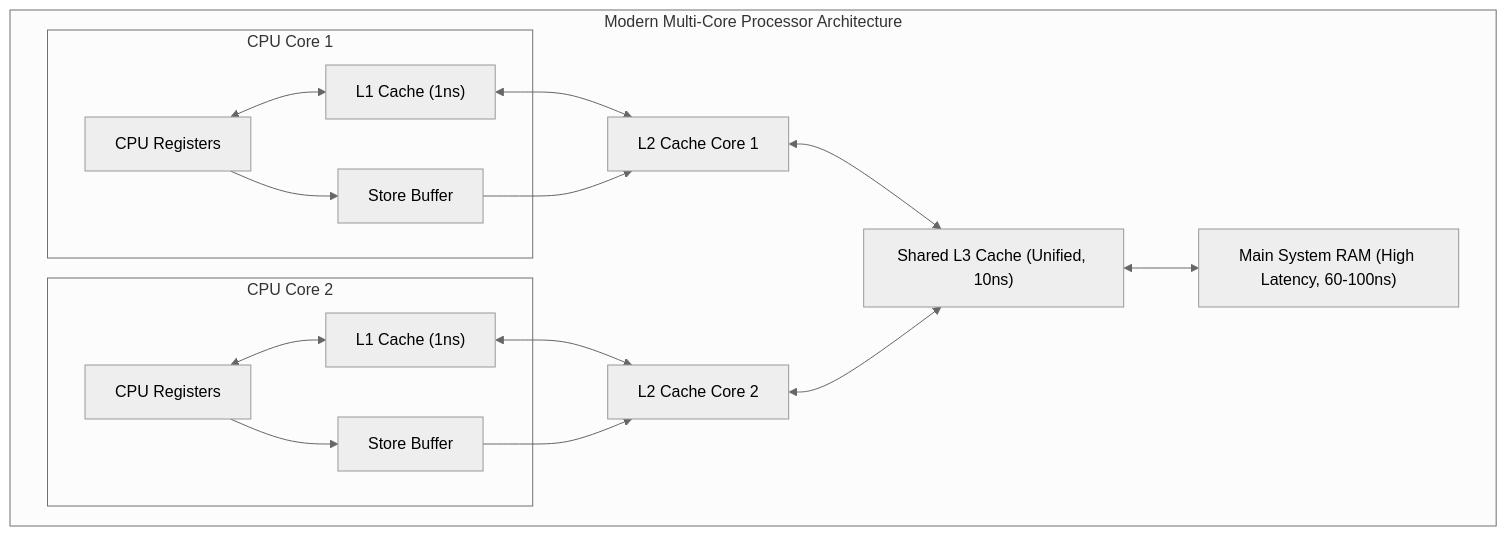
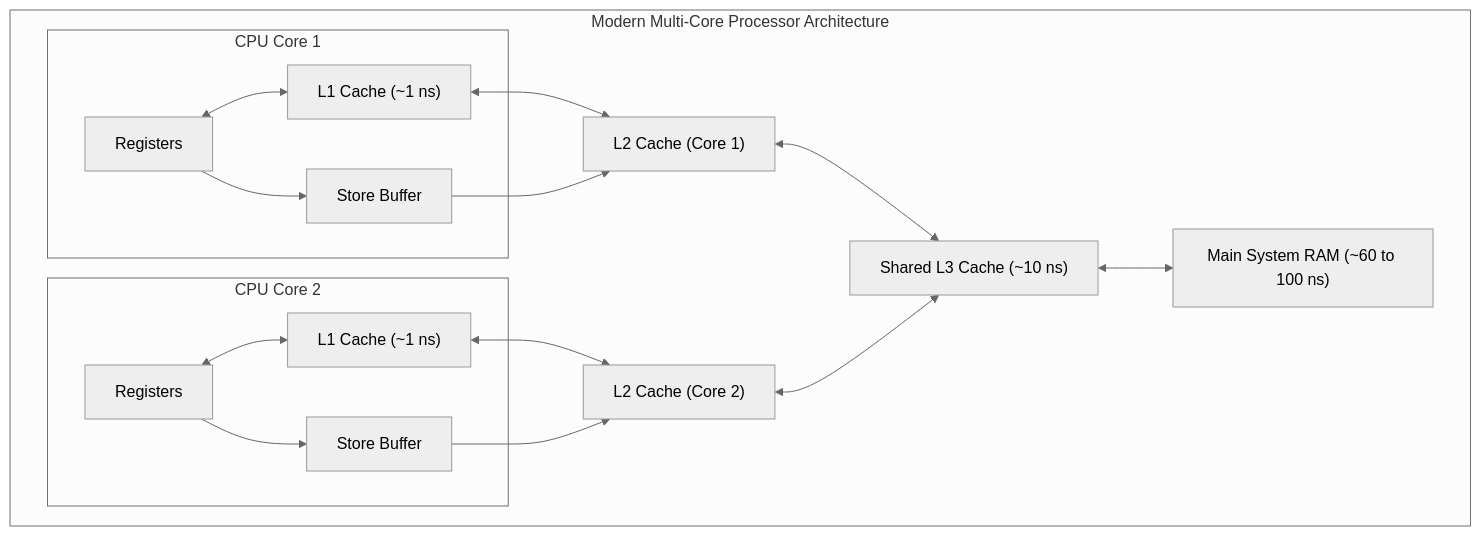
One commit to ravishankar2463/java_hub changed the first of 4 diagrams in content/roadmap/level-5/the-java-memory-model-jmm.md. Above: the diagram before and after it, drawn with Mermaid (neutral theme). The commit also changed other lines of this file and 119 other files, not shown here.

Commit message:
feat: add comprehensive java learning roadmap content across multiple levels

````diff
--- a/content/roadmap/level-5/the-java-memory-model-jmm.md
+++ b/content/roadmap/level-5/the-java-memory-model-jmm.md
@@ -28,33 +22,33 @@
 ```mermaid
 flowchart TD
-    subgraph MultiCoreCPU ["Modern Multi-Core Processor Architecture"]
-        subgraph Core1 ["CPU Core 1"]
-            Registers1["CPU Registers"]
-            L1_1["L1 Cache (1ns)"]
-            StoreBuffer1["Store Buffer"]
-            Registers1 <--> L1_1
-            Registers1 --> StoreBuffer1
+    subgraph MultiCoreCPU["Modern Multi-Core Processor Architecture"]
+        subgraph Core1["CPU Core 1"]
+            Reg1["Registers"]
+            L1_1["L1 Cache (~1 ns)"]
+            SB1["Store Buffer"]
+            Reg1 <--> L1_1
+            Reg1 --> SB1
         end
 
-        subgraph Core2 ["CPU Core 2"]
-            Registers2["CPU Registers"]
-            L1_2["L1 Cache (1ns)"]
-            StoreBuffer2["Store Buffer"]
-            Registers2 <--> L1_2
-            Registers2 --> StoreBuffer2
+        subgraph Core2["CPU Core 2"]
+            Reg2["Registers"]
+            L1_2["L1 Cache (~1 ns)"]
+            SB2["Store Buffer"]
+            Reg2 <--> L1_2
+            Reg2 --> SB2
         end
 
-        L2_1["L2 Cache Core 1"]
-        L2_2["L2 Cache Core 2"]
-        L3["Shared L3 Cache (Unified, 10ns)"]
-        RAM["Main System RAM (High Latency, 60-100ns)"]
+        L2_1["L2 Cache (Core 1)"]
+        L2_2["L2 Cache (Core 2)"]
+        L3["Shared L3 Cache (~10 ns)"]
+        RAM["Main System RAM (~60 to 100 ns)"]
 
         L1_1 <--> L2_1
-        StoreBuffer1 --> L2_1
+        SB1 --> L2_1
         L1_2 <--> L2_2
-        StoreBuffer2 --> L2_2
+        SB2 --> L2_2
         L2_1 <--> L3
         L2_2 <--> L3
         L3 <--> RAM
     end
 ```
````
